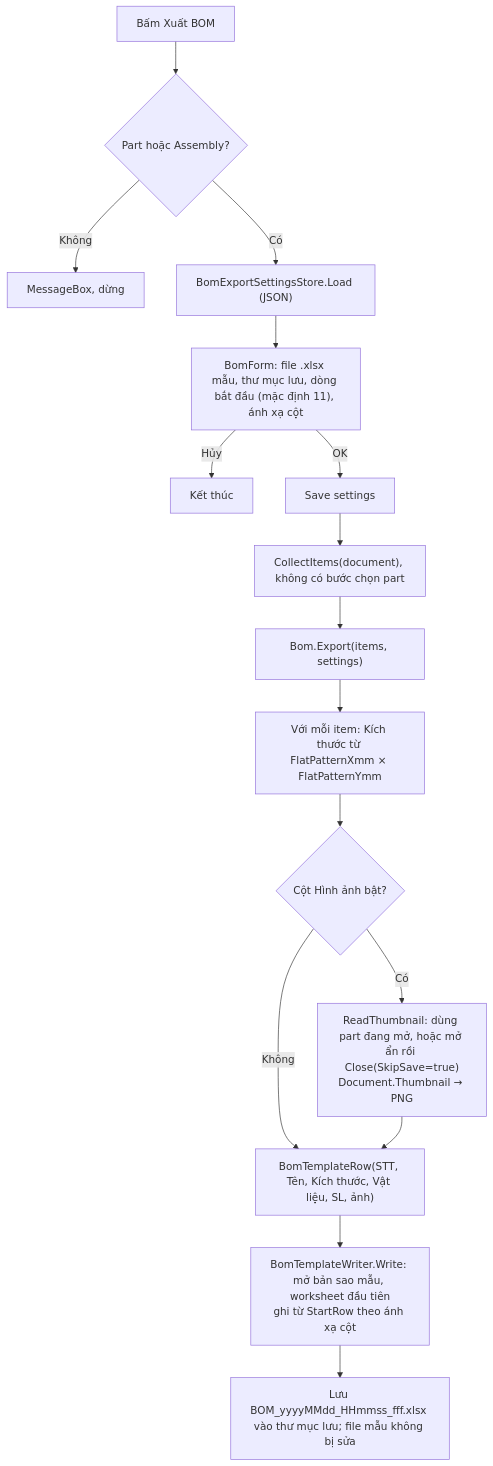
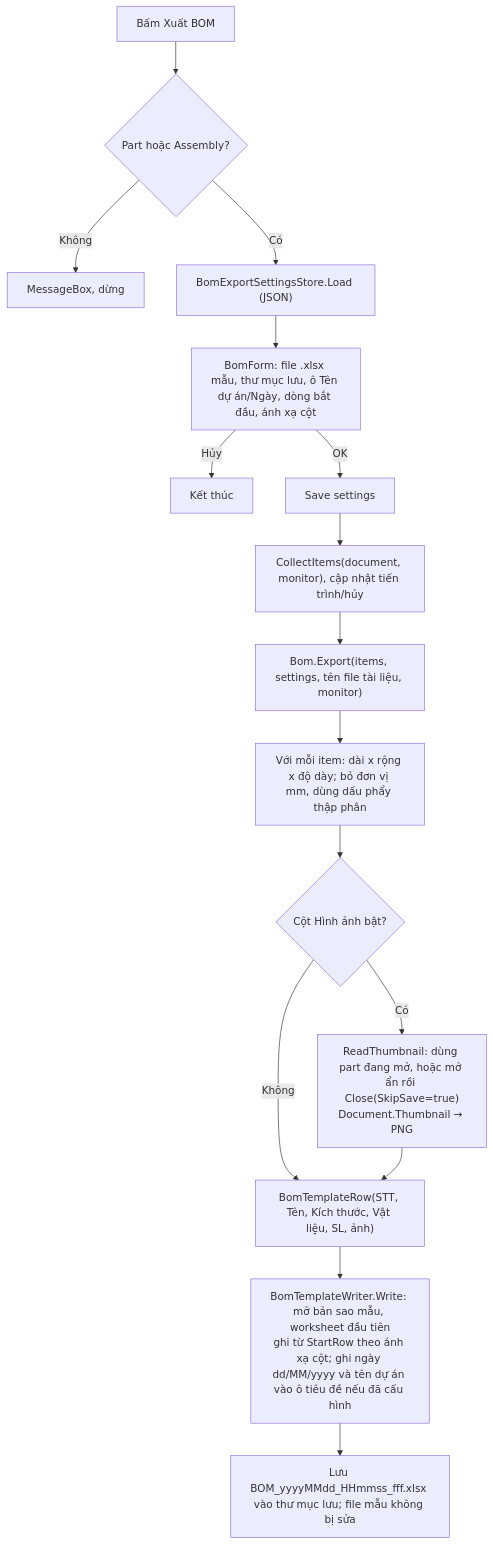
The seventh of 8 diagrams in ARCHITECTURE.md (PiDiDii/DXF-Exporter-Pro), drawn with Mermaid before and after one commit. The commit also changed other lines of this file and 51 other files, not shown here.

````diff
--- a/ARCHITECTURE.md
+++ b/ARCHITECTURE.md
@@ -225,18 +225,18 @@
 ```mermaid
 flowchart TD
     A["Bấm Xuất BOM"] --> B{"Part hoặc Assembly?"}
     B -- Không --> B1["MessageBox, dừng"]
     B -- Có --> C["BomExportSettingsStore.Load (JSON)"]
-    C --> D["BomForm: file .xlsx mẫu, thư mục lưu, dòng bắt đầu (mặc định 11), ánh xạ cột"]
+    C --> D["BomForm: file .xlsx mẫu, thư mục lưu, ô Tên dự án/Ngày, dòng bắt đầu, ánh xạ cột"]
     D -- Hủy --> Z["Kết thúc"]
     D -- OK --> E["Save settings"]
-    E --> F["CollectItems(document), không có bước chọn part"]
-    F --> G["Bom.Export(items, settings)"]
-    G --> H["Với mỗi item: Kích thước từ FlatPatternXmm × FlatPatternYmm"]
+    E --> F["CollectItems(document, monitor), cập nhật tiến trình/hủy"]
+    F --> G["Bom.Export(items, settings, tên file tài liệu, monitor)"]
+    G --> H["Với mỗi item: dài x rộng x độ dày; bỏ đơn vị mm, dùng dấu phẩy thập phân"]
     H --> I{"Cột Hình ảnh bật?"}
     I -- Có --> J["ReadThumbnail: dùng part đang mở, hoặc mở ẩn rồi Close(SkipSave=true)<br/>Document.Thumbnail → PNG"]
     I -- Không --> K
     J --> K["BomTemplateRow(STT, Tên, Kích thước, Vật liệu, SL, ảnh)"]
-    K --> L["BomTemplateWriter.Write: mở bản sao mẫu, worksheet đầu tiên<br/>ghi từ StartRow theo ánh xạ cột"]
+    K --> L["BomTemplateWriter.Write: mở bản sao mẫu, worksheet đầu tiên<br/>ghi từ StartRow theo ánh xạ cột; ghi ngày dd/MM/yyyy và tên dự án vào ô tiêu đề nếu đã cấu hình"]
     L --> M["Lưu BOM_yyyyMMdd_HHmmss_fff.xlsx vào thư mục lưu; file mẫu không bị sửa"]
 ```
````
